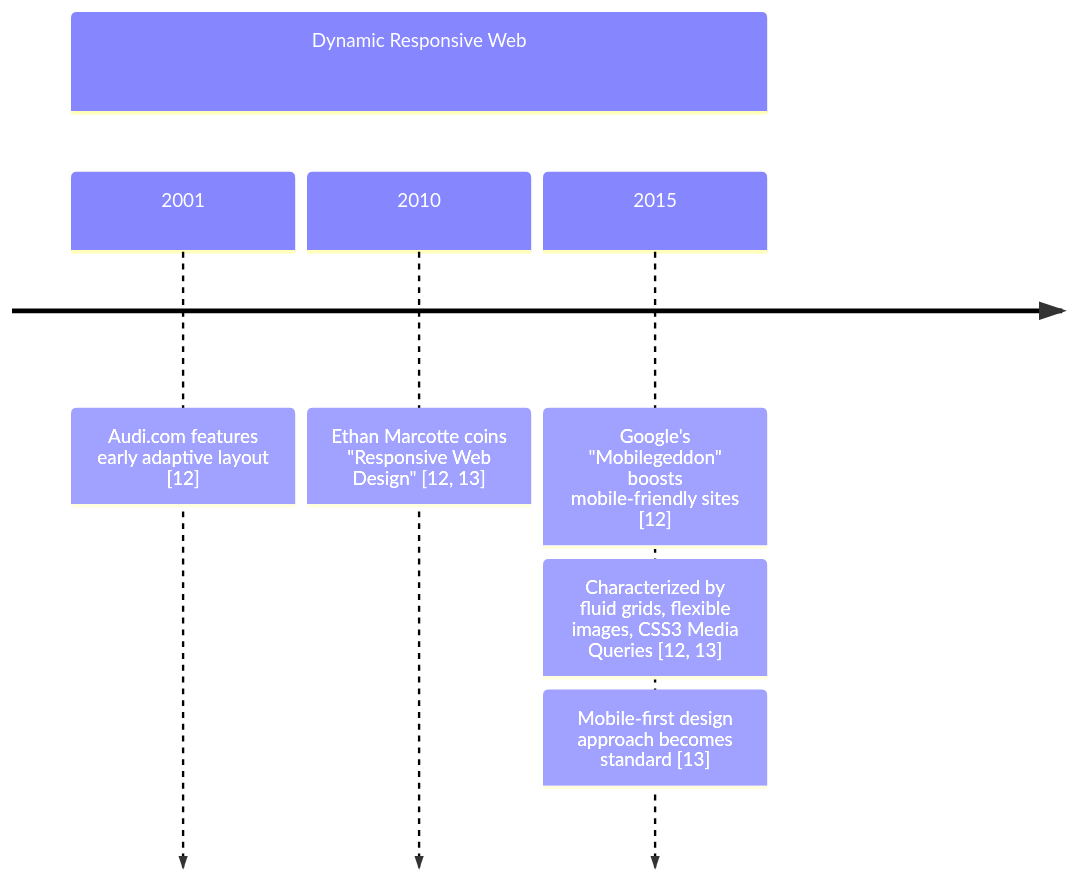
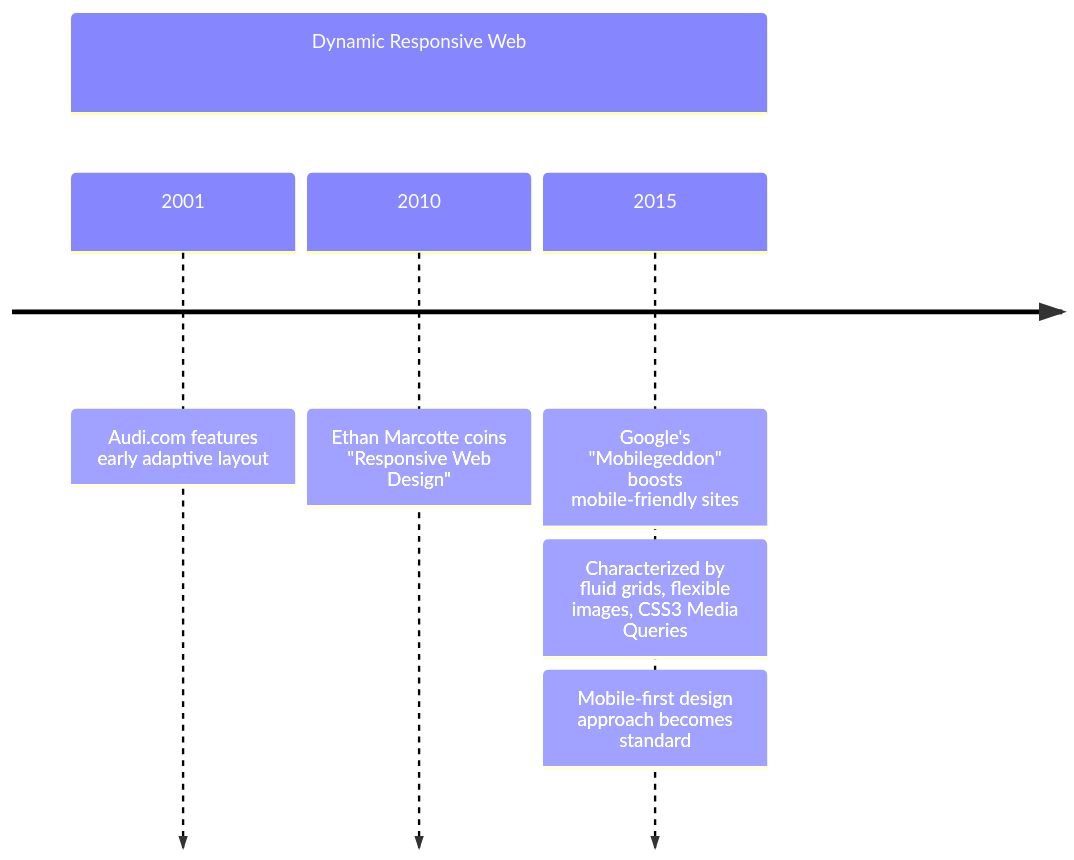
The third of 7 diagrams in content/posts/conversational-commerce-revolution.md (AshKash/Ashwin-portfolio), drawn with Mermaid before and after one commit. The commit also changed other lines of this file, not shown here.

Commit message:
Clean up mermaid timeline diagrams by removing reference numbers

```diff
--- a/content/posts/conversational-commerce-revolution.md
+++ b/content/posts/conversational-commerce-revolution.md
@@ -39,9 +39,9 @@
 {{< mermaid >}}
 timeline 
         section Dynamic Responsive Web
-          2001 : Audi.com features early adaptive layout [12]
-          2010 : Ethan Marcotte coins "Responsive Web Design" [12, 13]
-          2015 : Google's "Mobilegeddon" boosts mobile-friendly sites [12]
-                  : Characterized by fluid grids, flexible images, CSS3 Media Queries [12, 13]
-                  : Mobile-first design approach becomes standard [13]
+          2001 : Audi.com features early adaptive layout
+          2010 : Ethan Marcotte coins "Responsive Web Design"
+          2015 : Google's "Mobilegeddon" boosts mobile-friendly sites
+                  : Characterized by fluid grids, flexible images, CSS3 Media Queries
+                  : Mobile-first design approach becomes standard
 {{< /mermaid >}}
```
